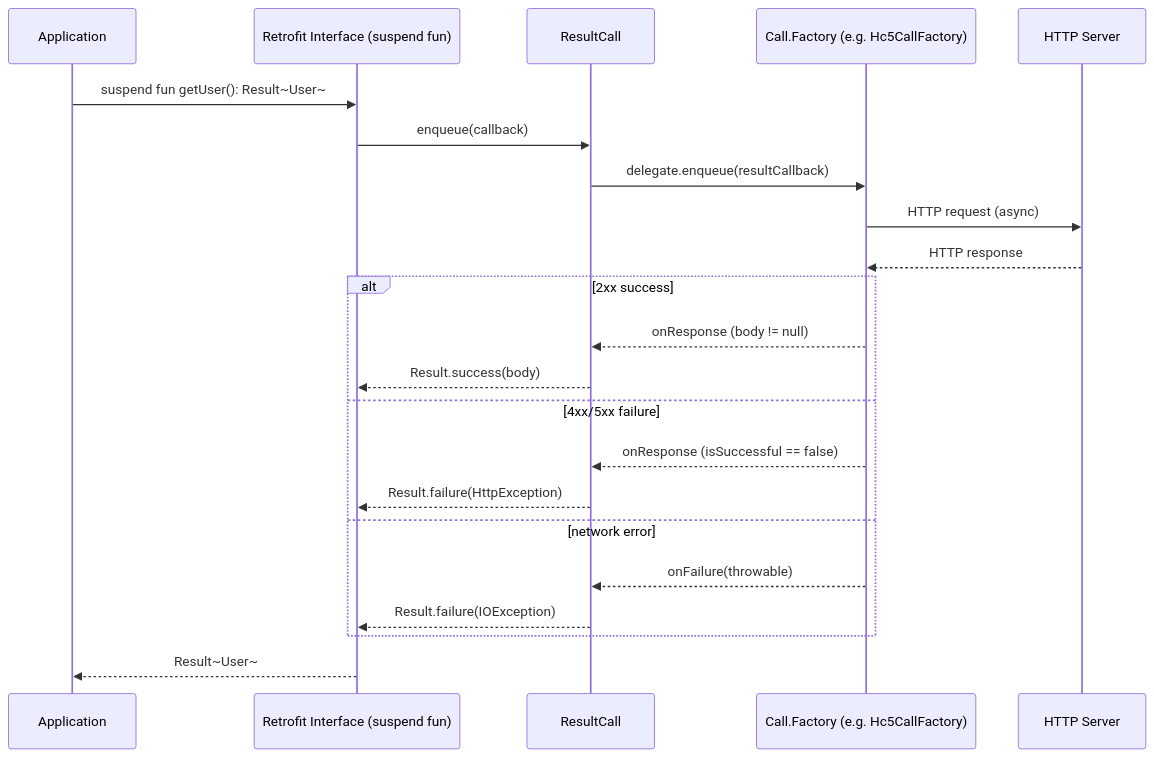
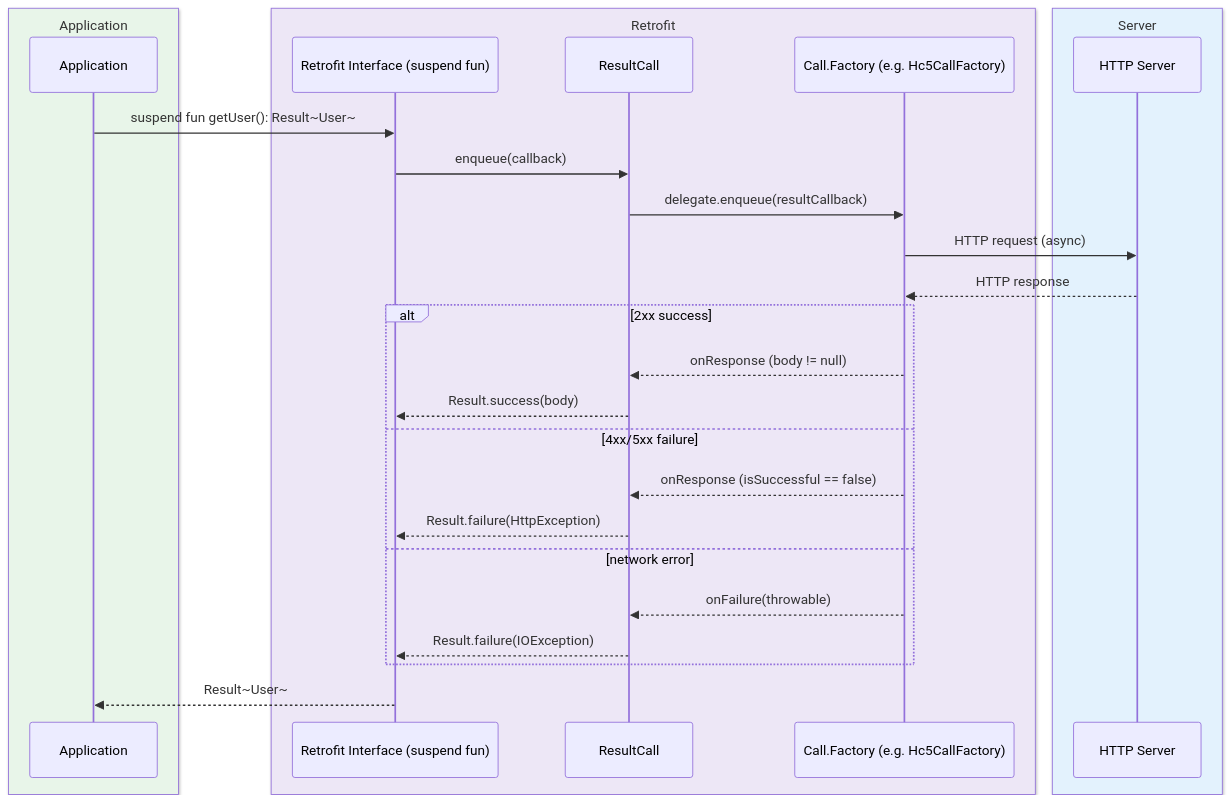
The third of 3 diagrams in io/retrofit2/README.md (bluetape4k/bluetape4k-projects), drawn with Mermaid before and after one commit. The commit also changed other lines of this file and 221 other files, not shown here.

First line of the commit message:
docs: 전체 모듈 README UML 다이어그램 보강 및 색상 업그레이드

````diff
--- a/io/retrofit2/README.md
+++ b/io/retrofit2/README.md
@@ -106,25 +125,31 @@
 ```mermaid
 sequenceDiagram
-    participant App as Application
-    participant API as Retrofit Interface (suspend fun)
-    participant RC as ResultCall
-    participant CF as Call.Factory (e.g. Hc5CallFactory)
-    participant Server as HTTP Server
+    box rgb(232, 245, 233) Application
+        participant App as Application
+    end
+    box rgb(237, 231, 246) Retrofit
+        participant API as Retrofit Interface (suspend fun)
+        participant RC as ResultCall
+        participant CF as Call.Factory (e.g. Hc5CallFactory)
+    end
+    box rgb(227, 242, 253) Server
+        participant Server as HTTP Server
+    end
 
     App->>API: suspend fun getUser(): Result~User~
     API->>RC: enqueue(callback)
     RC->>CF: delegate.enqueue(resultCallback)
     CF->>Server: HTTP request (async)
     Server-->>CF: HTTP response
     alt 2xx success
         CF-->>RC: onResponse (body != null)
         RC-->>API: Result.success(body)
     else 4xx/5xx failure
         CF-->>RC: onResponse (isSuccessful == false)
         RC-->>API: Result.failure(HttpException)
     else network error
         CF-->>RC: onFailure(throwable)
         RC-->>API: Result.failure(IOException)
     end
     API-->>App: Result~User~
 ```
````
